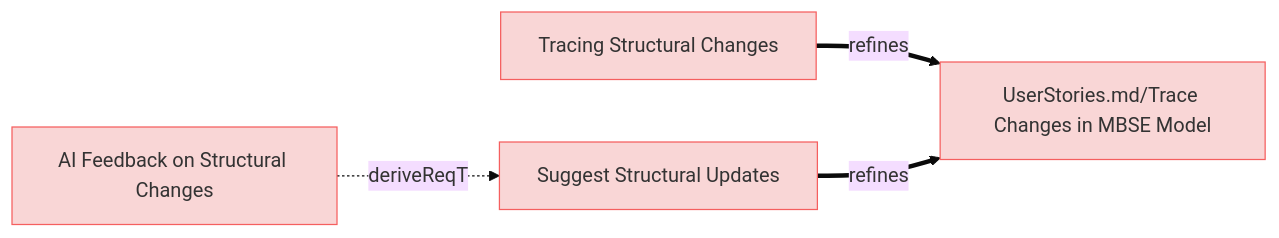
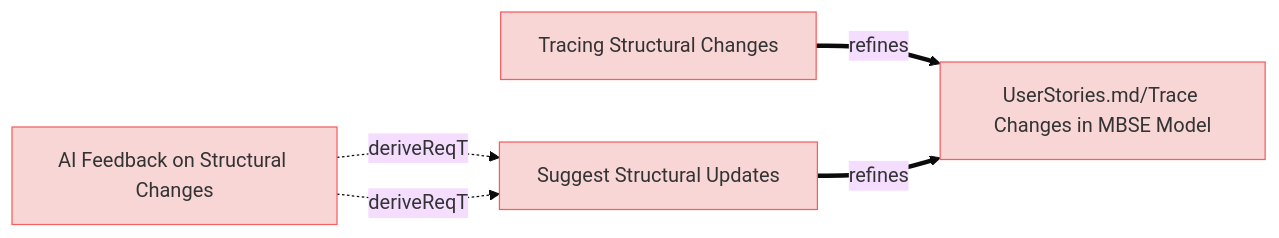
The ninth of 11 diagrams in specifications/UserRequirements.md (reqvire-org/reqvire), drawn with Mermaid (base theme) before and after one commit. The commit also changed other lines of this file and 25 other files, not shown here.

````diff
--- a/specifications/UserRequirements.md
+++ b/specifications/UserRequirements.md
@@ -669,23 +695,25 @@
 ```mermaid
 graph LR;
   %% Graph styling
   classDef requirement fill:#f9d6d6,stroke:#f55f5f,stroke-width:1px;
   classDef verification fill:#d6f9d6,stroke:#5fd75f,stroke-width:1px;
   classDef externalLink fill:#d0e0ff,stroke:#3080ff,stroke-width:1px;
   classDef default fill:#f5f5f5,stroke:#333333,stroke-width:1px;
+
   c43ff279c1["AI Feedback on Structural Changes"];
   click c43ff279c1 "UserRequirements.md#ai-feedback-on-structural-changes";
   class c43ff279c1 requirement;
   e8cb10f42e["Suggest Structural Updates"];
   class e8cb10f42e requirement;
   click e8cb10f42e "UserRequirements.md#suggest-structural-updates";
   c43ff279c1 -.->|deriveReqT| e8cb10f42e;
   91ebf7e73d["Tracing Structural Changes"];
   click 91ebf7e73d "UserRequirements.md#tracing-structural-changes";
   class 91ebf7e73d requirement;
   36d8b2eb16["UserStories.md/Trace Changes in MBSE Model"];
   class 36d8b2eb16 requirement;
   click 36d8b2eb16 "UserStories.md#trace-changes-in-mbse-model";
   91ebf7e73d ==>|refines| 36d8b2eb16;
   e8cb10f42e ==>|refines| 36d8b2eb16;
+  c43ff279c1 -.->|deriveReqT| e8cb10f42e;
 ```
````
